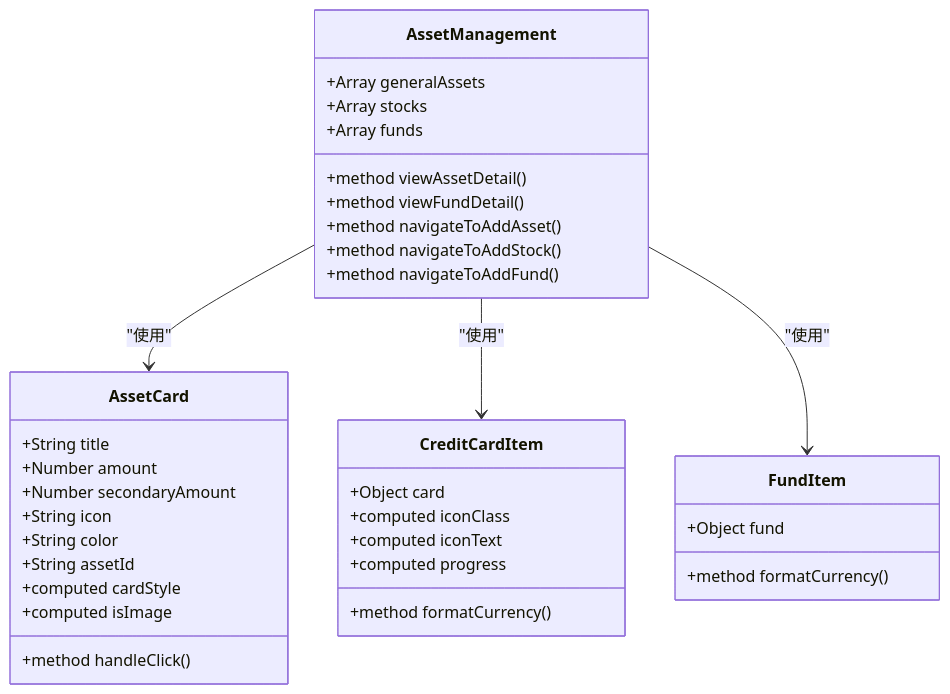
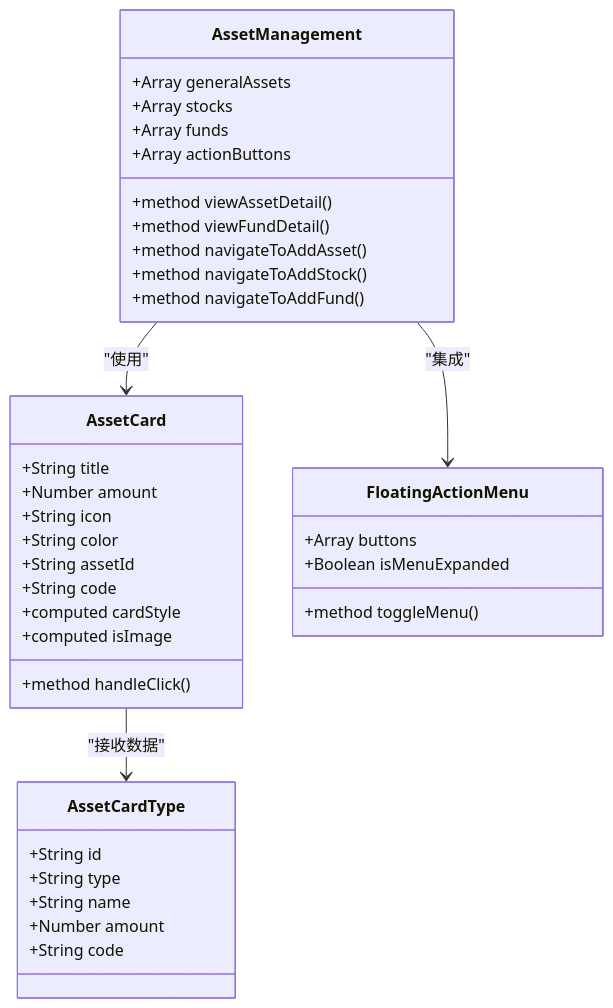
The second of 10 diagrams in .qoder/repowiki/zh/content/资产管理/资产卡片组件.md (xiao-lin-unit/yuan), drawn with Mermaid before and after one commit. The commit also changed other lines of this file and 14 other files, not shown here.

````diff
--- a/.qoder/repowiki/zh/content/资产管理/资产卡片组件.md
+++ b/.qoder/repowiki/zh/content/资产管理/资产卡片组件.md
@@ -102,38 +122,40 @@
 ```mermaid
 classDiagram
 class AssetCard {
 +String title
 +Number amount
-+Number secondaryAmount
 +String icon
 +String color
 +String assetId
++String code
 +computed cardStyle
 +computed isImage
 +method handleClick()
 }
 class AssetManagement {
 +Array generalAssets
 +Array stocks
 +Array funds
++Array actionButtons
 +method viewAssetDetail()
 +method viewFundDetail()
 +method navigateToAddAsset()
 +method navigateToAddStock()
 +method navigateToAddFund()
 }
-class CreditCardItem {
-+Object card
-+computed iconClass
-+computed iconText
-+computed progress
-+method formatCurrency()
+class FloatingActionMenu {
++Array buttons
++Boolean isMenuExpanded
++method toggleMenu()
 }
-class FundItem {
-+Object fund
-+method formatCurrency()
+class AssetCardType {
++String id
++String type
++String name
++Number amount
++String code
 }
 AssetManagement --> AssetCard : "使用"
-AssetManagement --> CreditCardItem : "使用"
-AssetManagement --> FundItem : "使用"
+AssetManagement --> FloatingActionMenu : "集成"
+AssetCard --> AssetCardType : "接收数据"
 ```
````
